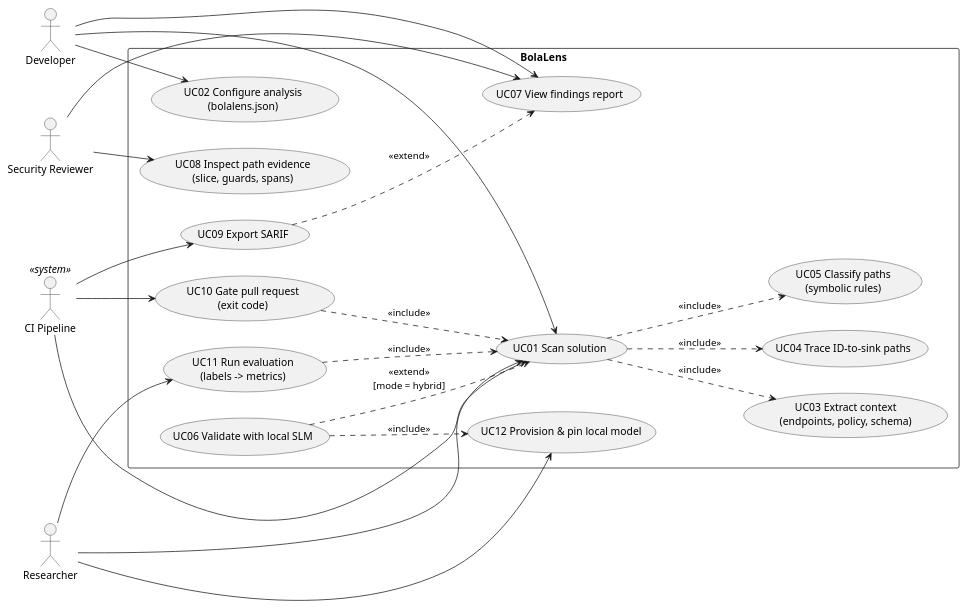
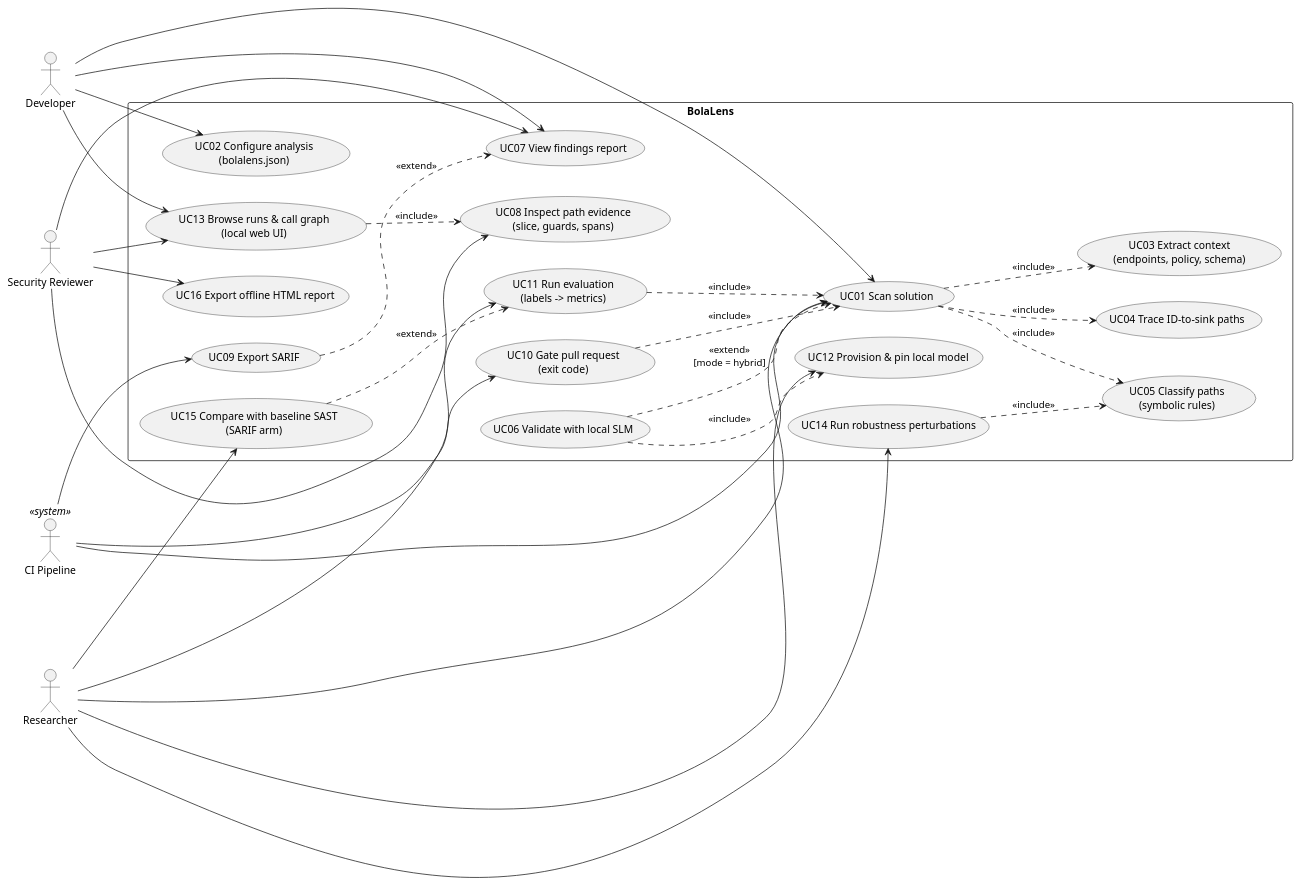
The diagram in docs/diagrams/use-cases.puml (LasaKaru/Final_Year_Project), drawn with PlantUML before and after one commit. The commit also changed 33 other files, not shown here.

First line of the commit message:
docs(ipd): stakeholder onion, updated Gantt with deviations, demo script, Q&A evidence map

```diff
--- a/docs/diagrams/use-cases.puml
+++ b/docs/diagrams/use-cases.puml
@@ -1,44 +1,56 @@
 @startuml
 left to right direction
 skinparam packageStyle rectangle
 actor "Developer" as Dev
 actor "Security Reviewer" as Rev
 actor "CI Pipeline" as CI <<system>>
 actor "Researcher" as Res
 
 rectangle "BolaLens" {
   usecase "UC01 Scan solution" as UC01
   usecase "UC02 Configure analysis\n(bolalens.json)" as UC02
   usecase "UC03 Extract context\n(endpoints, policy, schema)" as UC03
   usecase "UC04 Trace ID-to-sink paths" as UC04
   usecase "UC05 Classify paths\n(symbolic rules)" as UC05
   usecase "UC06 Validate with local SLM" as UC06
   usecase "UC07 View findings report" as UC07
   usecase "UC08 Inspect path evidence\n(slice, guards, spans)" as UC08
   usecase "UC09 Export SARIF" as UC09
   usecase "UC10 Gate pull request\n(exit code)" as UC10
   usecase "UC11 Run evaluation\n(labels -> metrics)" as UC11
   usecase "UC12 Provision & pin local model" as UC12
+  usecase "UC13 Browse runs & call graph\n(local web UI)" as UC13
+  usecase "UC14 Run robustness perturbations" as UC14
+  usecase "UC15 Compare with baseline SAST\n(SARIF arm)" as UC15
+  usecase "UC16 Export offline HTML report" as UC16
 }
 
 Dev --> UC01
 Dev --> UC02
 Dev --> UC07
 Rev --> UC07
 Rev --> UC08
 CI  --> UC01
 CI  --> UC10
 CI  --> UC09
 Res --> UC11
 Res --> UC12
 Res --> UC01
+Res --> UC14
+Res --> UC15
+Dev --> UC13
+Rev --> UC13
+Rev --> UC16
 
 UC01 ..> UC03 : <<include>>
 UC01 ..> UC04 : <<include>>
 UC01 ..> UC05 : <<include>>
 UC06 ..> UC01 : <<extend>>\n[mode = hybrid]
 UC09 ..> UC07 : <<extend>>
 UC10 ..> UC01 : <<include>>
 UC11 ..> UC01 : <<include>>
 UC06 ..> UC12 : <<include>>
+UC13 ..> UC08 : <<include>>
+UC14 ..> UC05 : <<include>>
+UC15 ..> UC11 : <<extend>>
 @enduml
```
